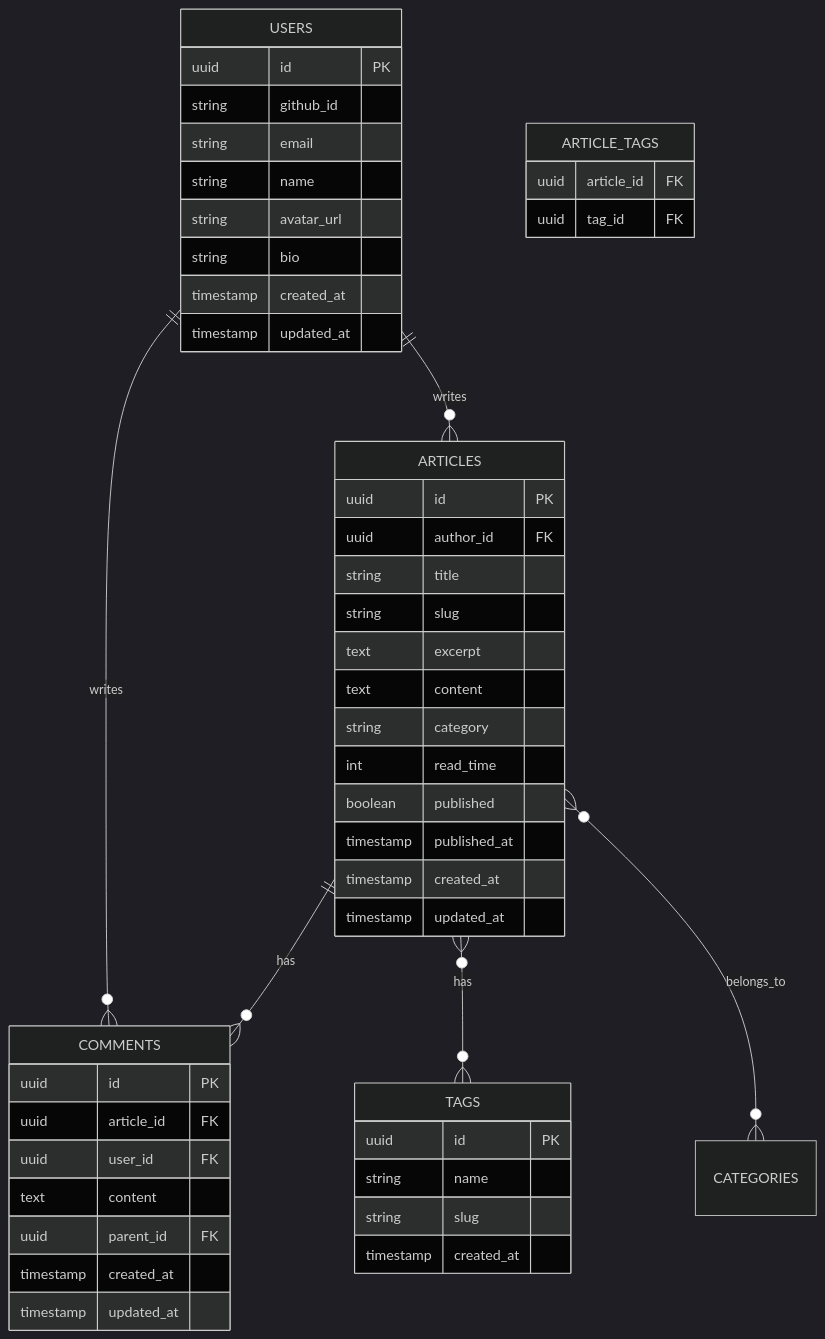
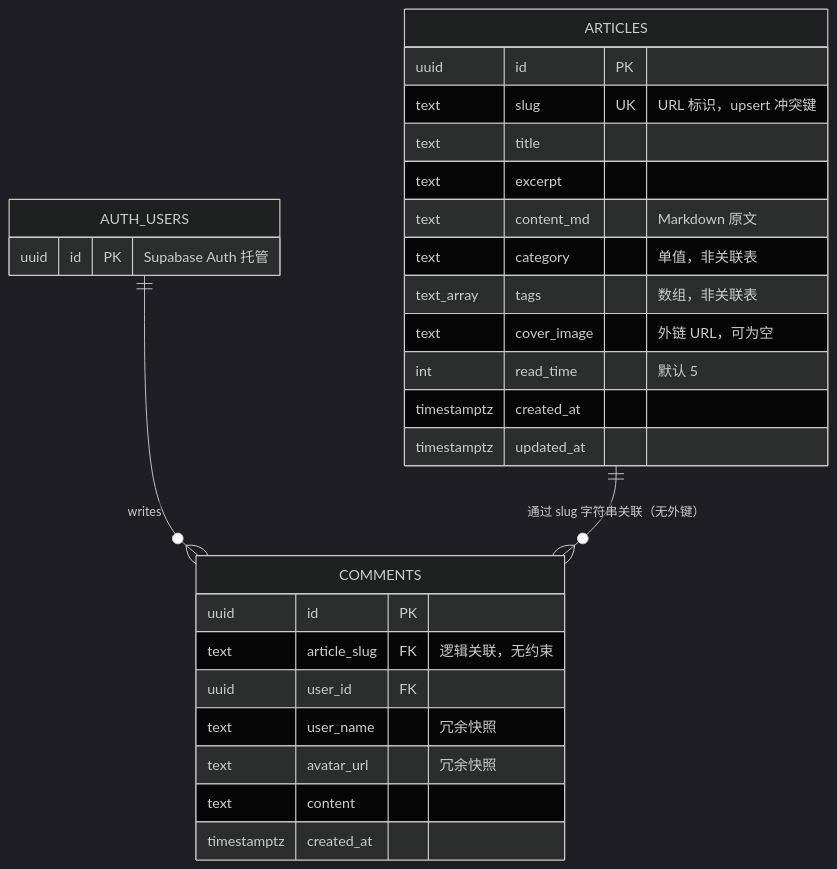
One commit to Freedom0x0/MyBlog changed the first of 2 diagrams in .trae/documents/technical_architecture.md. Above: the diagram before and after it, drawn with Mermaid (dark theme). The commit also changed other lines of this file, not shown here.

First line of the commit message:
docs: rewrite technical architecture to match actual code

````diff
--- a/.trae/documents/technical_architecture.md
+++ b/.trae/documents/technical_architecture.md
@@ -154,56 +89,33 @@
 ```mermaid
 erDiagram
-  USERS ||--o{ ARTICLES : writes
-  USERS ||--o{ COMMENTS : writes
-  ARTICLES ||--o{ COMMENTS : has
-  ARTICLES }o--o{ TAGS : has
-  ARTICLES }o--o{ CATEGORIES : belongs_to
+  AUTH_USERS ||--o{ COMMENTS : writes
+  ARTICLES ||--o{ COMMENTS : "通过 slug 字符串关联（无外键）"
 
-  USERS {
-    uuid id PK
-    string github_id
-    string email
-    string name
-    string avatar_url
-    string bio
-    timestamp created_at
-    timestamp updated_at
+  AUTH_USERS {
+    uuid id PK "Supabase Auth 托管"
   }
-  
+
   ARTICLES {
     uuid id PK
-    uuid author_id FK
-    string title
-    string slug
+    text slug UK "URL 标识，upsert 冲突键"
+    text title
     text excerpt
-    text content
-    string category
-    int read_time
-    boolean published
-    timestamp published_at
-    timestamp created_at
-    timestamp updated_at
+    text content_md "Markdown 原文"
+    text category "单值，非关联表"
+    text_array tags "数组，非关联表"
+    text cover_image "外链 URL，可为空"
+    int read_time "默认 5"
+    timestamptz created_at
+    timestamptz updated_at
   }
-  
+
   COMMENTS {
     uuid id PK
-    uuid article_id FK
+    text article_slug FK "逻辑关联，无约束"
     uuid user_id FK
+    text user_name "冗余快照"
+    text avatar_url "冗余快照"
     text content
-    uuid parent_id FK
-    timestamp created_at
-    timestamp updated_at
-  }
-  
-  TAGS {
-    uuid id PK
-    string name
-    string slug
-    timestamp created_at
-  }
-  
-  ARTICLE_TAGS {
-    uuid article_id FK
-    uuid tag_id FK
+    timestamptz created_at
   }
 ```
````
